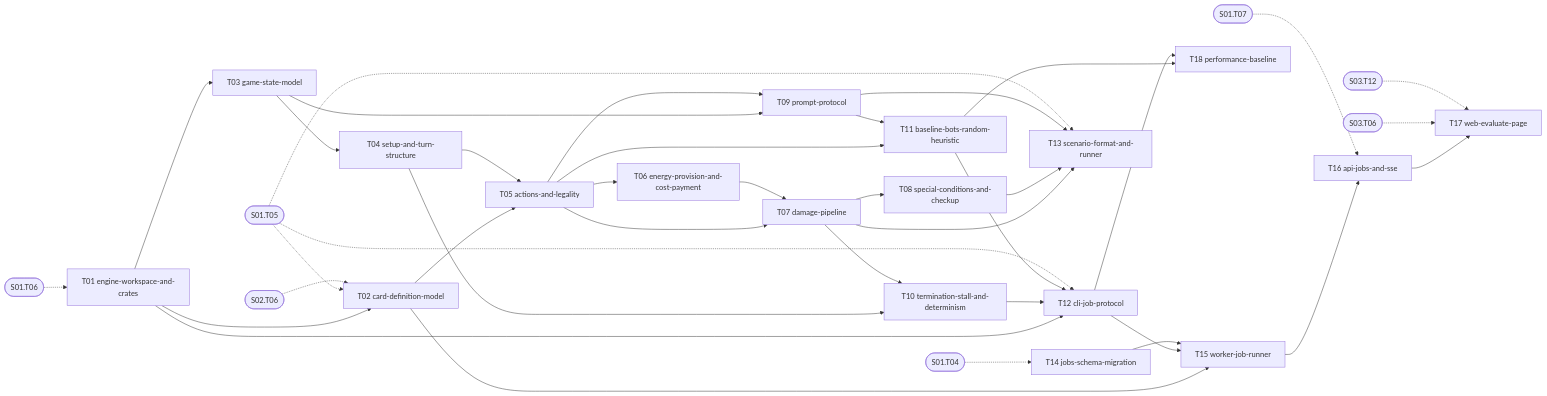
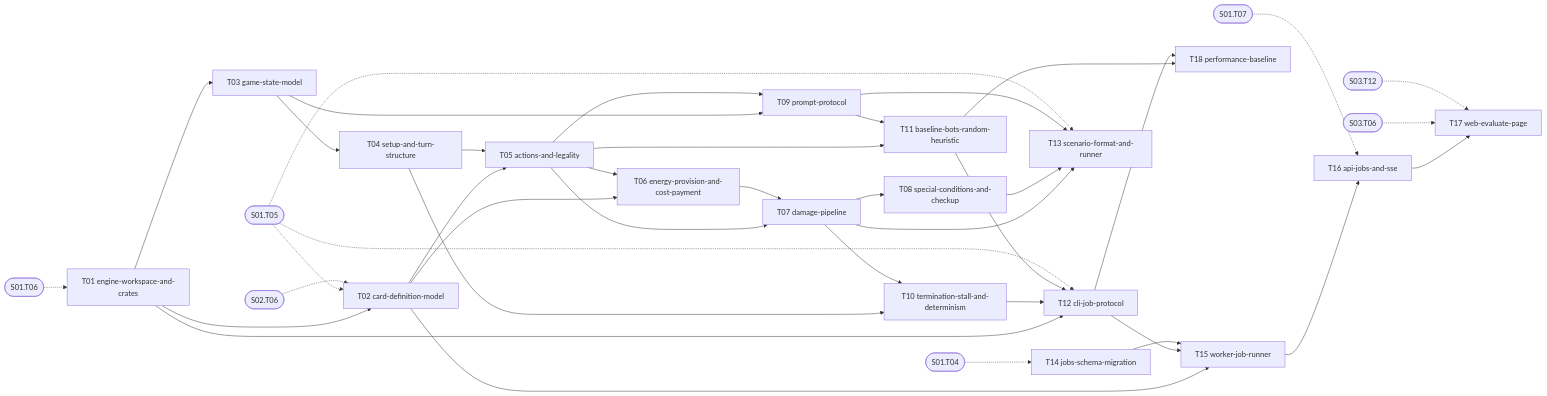
One commit to ManoFardo-PR/pokemon2 changed the diagram in docs/stages/04-game-engine-core/README.md. Above: the diagram before and after it, drawn with Mermaid. The commit also changed other lines of this file and 28 other files, not shown here.

````diff
--- a/docs/stages/04-game-engine-core/README.md
+++ b/docs/stages/04-game-engine-core/README.md
@@ -46,58 +46,59 @@
 ```mermaid
 graph LR
   S04_T01["T01 engine-workspace-and-crates"]
   S04_T02["T02 card-definition-model"]
   S04_T03["T03 game-state-model"]
   S04_T04["T04 setup-and-turn-structure"]
   S04_T05["T05 actions-and-legality"]
   S04_T06["T06 energy-provision-and-cost-payment"]
   S04_T07["T07 damage-pipeline"]
   S04_T08["T08 special-conditions-and-checkup"]
   S04_T09["T09 prompt-protocol"]
   S04_T10["T10 termination-stall-and-determinism"]
   S04_T11["T11 baseline-bots-random-heuristic"]
   S04_T12["T12 cli-job-protocol"]
   S04_T13["T13 scenario-format-and-runner"]
   S04_T14["T14 jobs-schema-migration"]
   S04_T15["T15 worker-job-runner"]
   S04_T16["T16 api-jobs-and-sse"]
   S04_T17["T17 web-evaluate-page"]
   S04_T18["T18 performance-baseline"]
   S04_T01 --> S04_T02
   S04_T01 --> S04_T03
   S04_T03 --> S04_T04
   S04_T02 --> S04_T05
   S04_T04 --> S04_T05
+  S04_T02 --> S04_T06
   S04_T05 --> S04_T06
   S04_T05 --> S04_T07
   S04_T06 --> S04_T07
   S04_T07 --> S04_T08
   S04_T03 --> S04_T09
   S04_T05 --> S04_T09
   S04_T04 --> S04_T10
   S04_T07 --> S04_T10
   S04_T05 --> S04_T11
   S04_T09 --> S04_T11
   S04_T01 --> S04_T12
   S04_T10 --> S04_T12
   S04_T11 --> S04_T12
   S04_T07 --> S04_T13
   S04_T08 --> S04_T13
   S04_T09 --> S04_T13
   S04_T02 --> S04_T15
   S04_T12 --> S04_T15
   S04_T14 --> S04_T15
   S04_T15 --> S04_T16
   S04_T16 --> S04_T17
   S04_T11 --> S04_T18
   S04_T12 --> S04_T18
   S01_T06(["S01.T06"]) -.-> S04_T01
   S01_T05(["S01.T05"]) -.-> S04_T02
   S02_T06(["S02.T06"]) -.-> S04_T02
   S01_T05(["S01.T05"]) -.-> S04_T12
   S01_T05(["S01.T05"]) -.-> S04_T13
   S01_T04(["S01.T04"]) -.-> S04_T14
   S01_T07(["S01.T07"]) -.-> S04_T16
   S03_T06(["S03.T06"]) -.-> S04_T17
   S03_T12(["S03.T12"]) -.-> S04_T17
 ```
````
